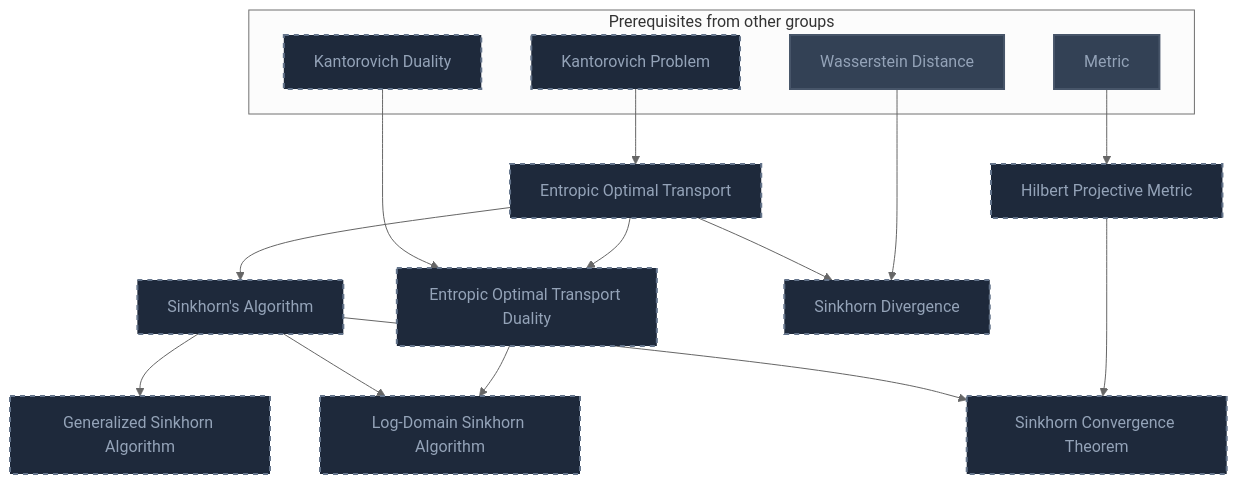
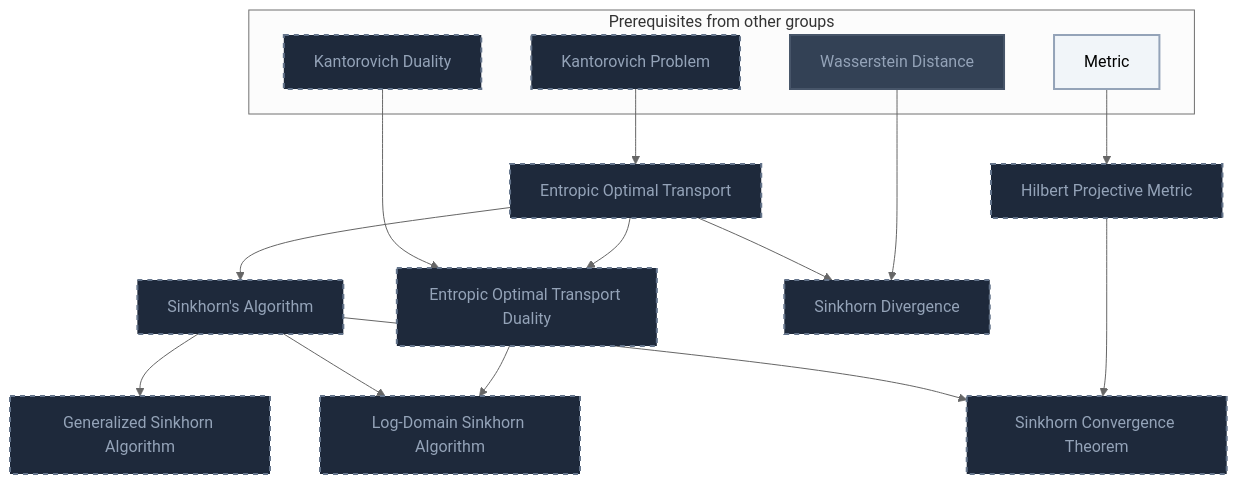
One commit to MRauf1/My-Notes changed the third of 9 diagrams in Gamification/Skill Trees/Optimal Transport.md. Above: the diagram before and after it, drawn with Mermaid (neutral theme). The commit also changed other lines of this file and 57 other files, not shown here.

````diff
--- a/Gamification/Skill Trees/Optimal Transport.md
+++ b/Gamification/Skill Trees/Optimal Transport.md
@@ -151,41 +152,42 @@
 ```mermaid
 flowchart TD
     classDef planned fill:#1E293B,stroke:#64748B,stroke-width:2px,stroke-dasharray:5 5,color:#94A3B8;
     classDef locked fill:#334155,stroke:#475569,stroke-width:2px,color:#94A3B8;
     classDef L0 fill:#F1F5F9,stroke:#94A3B8,stroke-width:2px,color:#000000;
     classDef L1 fill:#22C55E,stroke:#15803D,stroke-width:2px,color:#000000;
     classDef L2 fill:#3B82F6,stroke:#1D4ED8,stroke-width:3px,color:#FFFFFF;
     classDef L3 fill:#A855F7,stroke:#6B21A8,stroke-width:3px,color:#FFFFFF,font-weight:bold;
     classDef L4 fill:#F97316,stroke:#C2410C,stroke-width:4px,color:#000000,font-weight:bold;
     classDef L5 fill:#FFD700,stroke:#FF8C00,stroke-width:5px,color:#000000,font-weight:bold;
     classDef rusty stroke:#8B4513,stroke-width:4px,stroke-dasharray:3 3;
     subgraph sg_prereqs["Prerequisites from other groups"]
         n_kantorovich_problem["Kantorovich Problem"]
         n_metric["Metric"]
         n_kantorovich_duality["Kantorovich Duality"]
         n_wasserstein_distance["Wasserstein Distance"]
     end
     n_entropic_optimal_transport["Entropic Optimal Transport"]
     n_sinkhorn_s_algorithm["Sinkhorn's Algorithm"]
     n_hilbert_projective_metric["Hilbert Projective Metric"]
     n_sinkhorn_convergence_theorem["Sinkhorn Convergence Theorem"]
     n_entropic_optimal_transport_duality["Entropic Optimal Transport Duality"]
     n_log_domain_sinkhorn_algorithm["Log-Domain Sinkhorn Algorithm"]
     n_sinkhorn_divergence["Sinkhorn Divergence"]
     n_generalized_sinkhorn_algorithm["Generalized Sinkhorn Algorithm"]
     n_kantorovich_problem --> n_entropic_optimal_transport
     n_entropic_optimal_transport --> n_sinkhorn_s_algorithm
     n_metric --> n_hilbert_projective_metric
     n_sinkhorn_s_algorithm --> n_sinkhorn_convergence_theorem
     n_hilbert_projective_metric --> n_sinkhorn_convergence_theorem
     n_kantorovich_duality --> n_entropic_optimal_transport_duality
     n_entropic_optimal_transport --> n_entropic_optimal_transport_duality
     n_sinkhorn_s_algorithm --> n_log_domain_sinkhorn_algorithm
     n_entropic_optimal_transport_duality --> n_log_domain_sinkhorn_algorithm
     n_entropic_optimal_transport --> n_sinkhorn_divergence
     n_sinkhorn_s_algorithm --> n_generalized_sinkhorn_algorithm
     n_wasserstein_distance --> n_sinkhorn_divergence
     class n_kantorovich_problem,n_kantorovich_duality,n_entropic_optimal_transport,n_sinkhorn_s_algorithm,n_hilbert_projective_metric,n_sinkhorn_convergence_theorem,n_entropic_optimal_transport_duality,n_log_domain_sinkhorn_algorithm,n_sinkhorn_divergence,n_generalized_sinkhorn_algorithm planned;
-    class n_metric,n_wasserstein_distance locked;
+    class n_wasserstein_distance locked;
+    class n_metric L0;
     class n_metric,n_wasserstein_distance internal-link;
 ```
````
